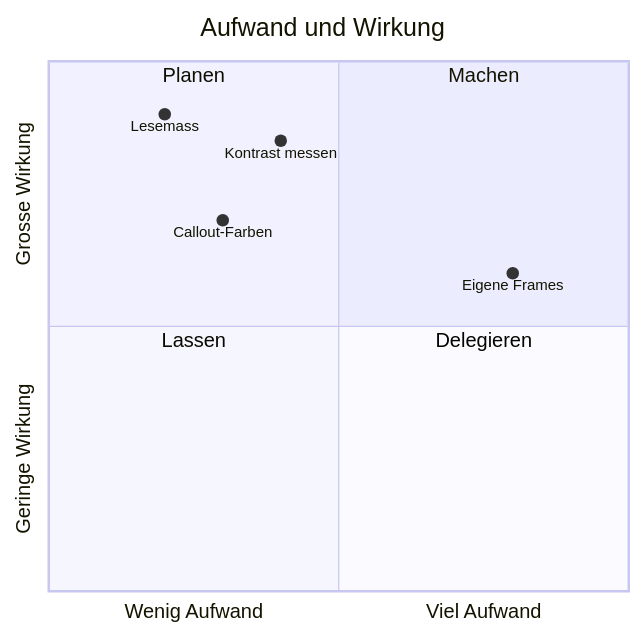
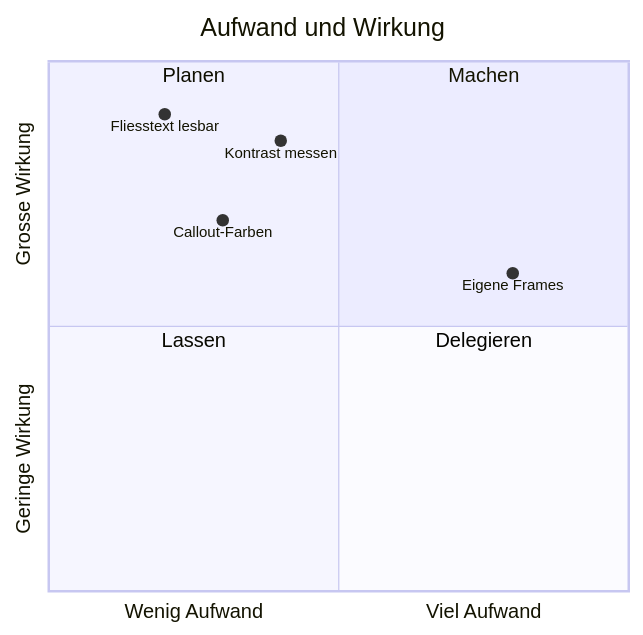
The second of 4 diagrams in formatierung/diagramme/zahlen.md (boxi-os/Quartz-Example-Template), drawn with Mermaid before and after one commit. The commit also changed other lines of this file and 33 other files, not shown here.

````diff
--- a/formatierung/diagramme/zahlen.md
+++ b/formatierung/diagramme/zahlen.md
@@ -49,14 +49,14 @@
 ```mermaid
 quadrantChart
     title Aufwand und Wirkung
     x-axis Wenig Aufwand --> Viel Aufwand
     y-axis Geringe Wirkung --> Grosse Wirkung
     quadrant-1 Machen
     quadrant-2 Planen
     quadrant-3 Lassen
     quadrant-4 Delegieren
-    Lesemass: [0.2, 0.9]
+    Fliesstext lesbar: [0.2, 0.9]
     Kontrast messen: [0.4, 0.85]
     Eigene Frames: [0.8, 0.6]
     Callout-Farben: [0.3, 0.7]
 ```
````
